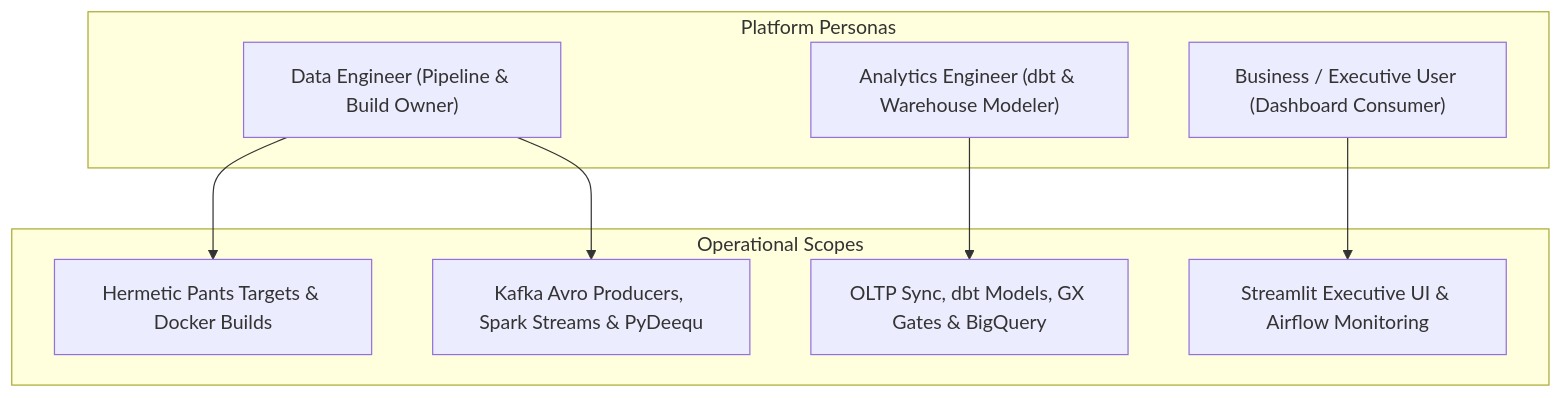
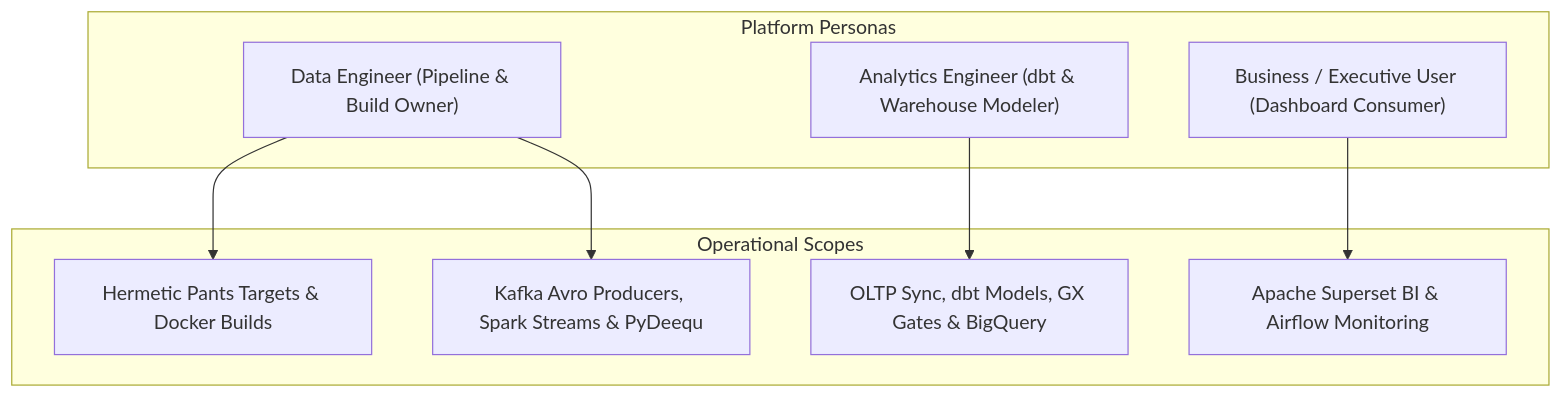
One commit to JayKay24/data-engineering changed the diagram in docs/wiki/Platform-Requirements.md. Above: the diagram before and after it, drawn with Mermaid. The commit also changed other lines of this file and 53 other files, not shown here.

Commit message:
feat(bi): replace Streamlit and Plotly with Apache Superset 6.1.0 and Dashboards-as-Code

````diff
--- a/docs/wiki/Platform-Requirements.md
+++ b/docs/wiki/Platform-Requirements.md
@@ -17,20 +17,20 @@
 ```mermaid
 flowchart TD
   subgraph Personas ["Platform Personas"]
     DE["Data Engineer (Pipeline & Build Owner)"]
     AE["Analytics Engineer (dbt & Warehouse Modeler)"]
     BI["Business / Executive User (Dashboard Consumer)"]
   end
 
   subgraph Capabilities ["Operational Scopes"]
     Build["Hermetic Pants Targets & Docker Builds"]
     Stream["Kafka Avro Producers, Spark Streams & PyDeequ"]
     Warehouse["OLTP Sync, dbt Models, GX Gates & BigQuery"]
-    Dash["Streamlit Executive UI & Airflow Monitoring"]
+    Dash["Apache Superset BI & Airflow Monitoring"]
   end
 
   DE --> Build
   DE --> Stream
   AE --> Warehouse
   BI --> Dash
 ```
````
